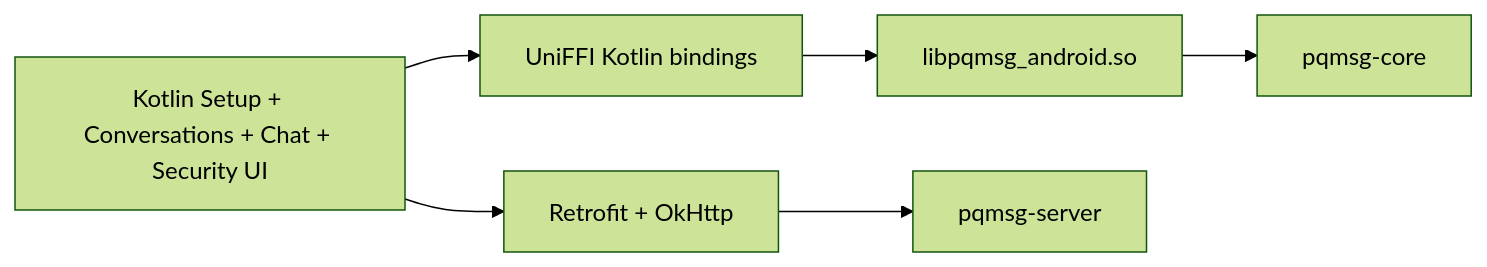
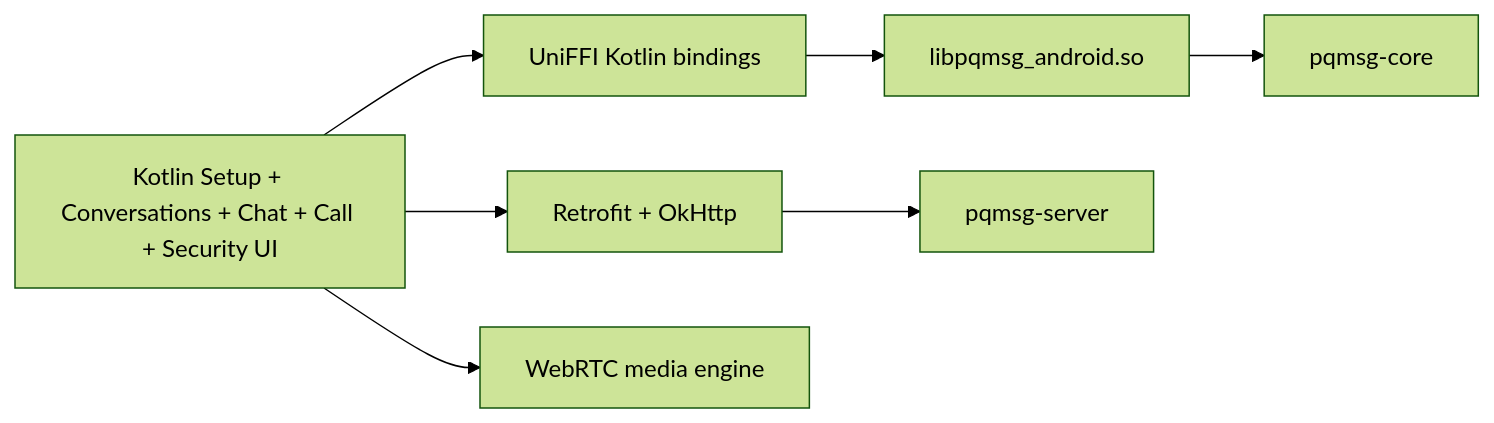
The first of 4 diagrams in docs/ANDROID.md (ErenAri/post-quantum-messaging-app), drawn with Mermaid (forest theme) before and after one commit. The commit also changed other lines of this file and 73 other files, not shown here.

````diff
--- a/docs/ANDROID.md
+++ b/docs/ANDROID.md
@@ -9,8 +9,9 @@
 ```mermaid
 flowchart LR
-    UI[Kotlin Setup + Conversations + Chat + Security UI] --> NET[Retrofit + OkHttp]
+    UI[Kotlin Setup + Conversations + Chat + Call + Security UI] --> NET[Retrofit + OkHttp]
     UI --> UNI[UniFFI Kotlin bindings]
     UNI --> SO[libpqmsg_android.so]
     SO --> CORE[pqmsg-core]
     NET --> SRV[pqmsg-server]
+    UI --> WEBRTC[WebRTC media engine]
 ```
````
